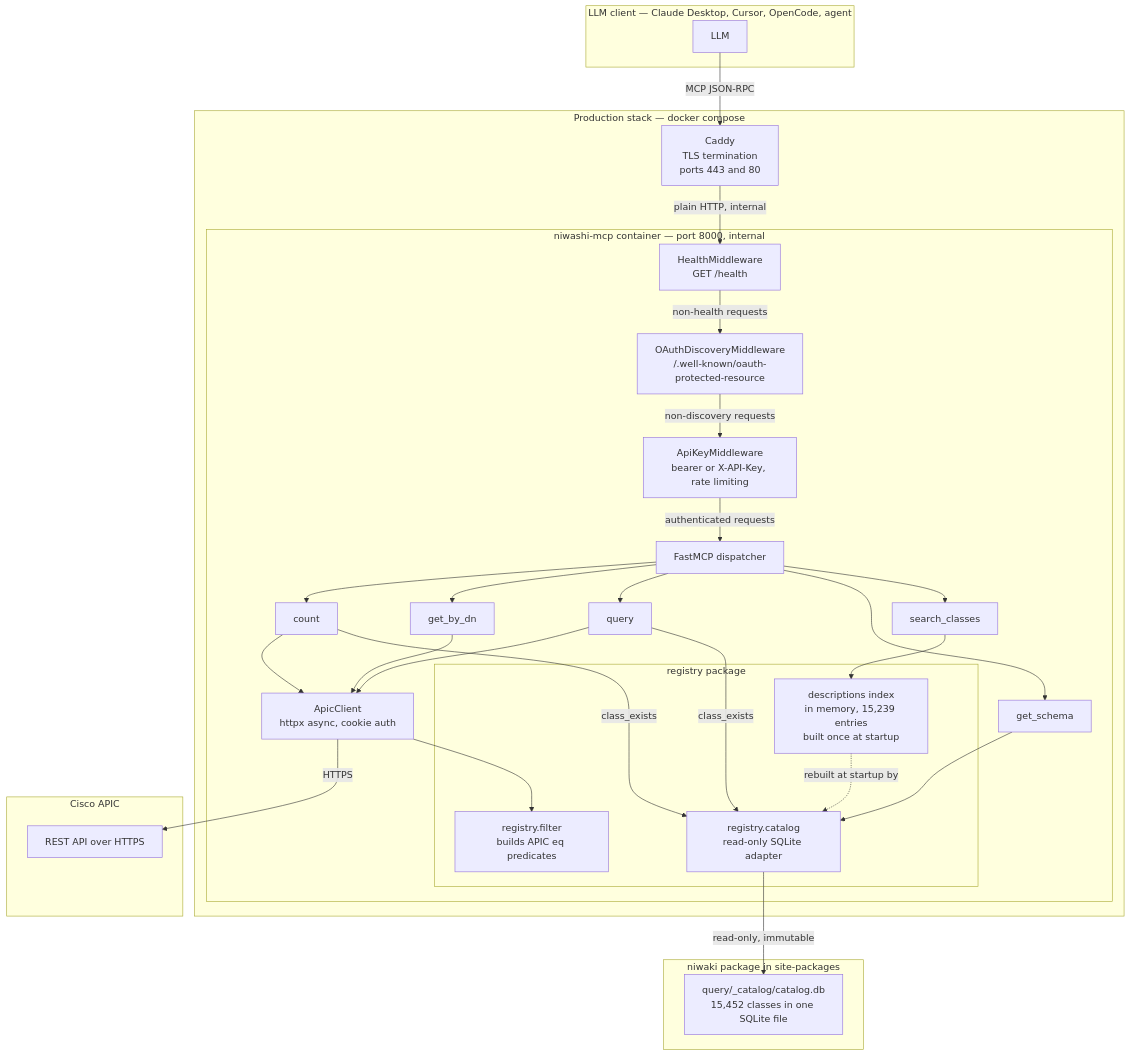
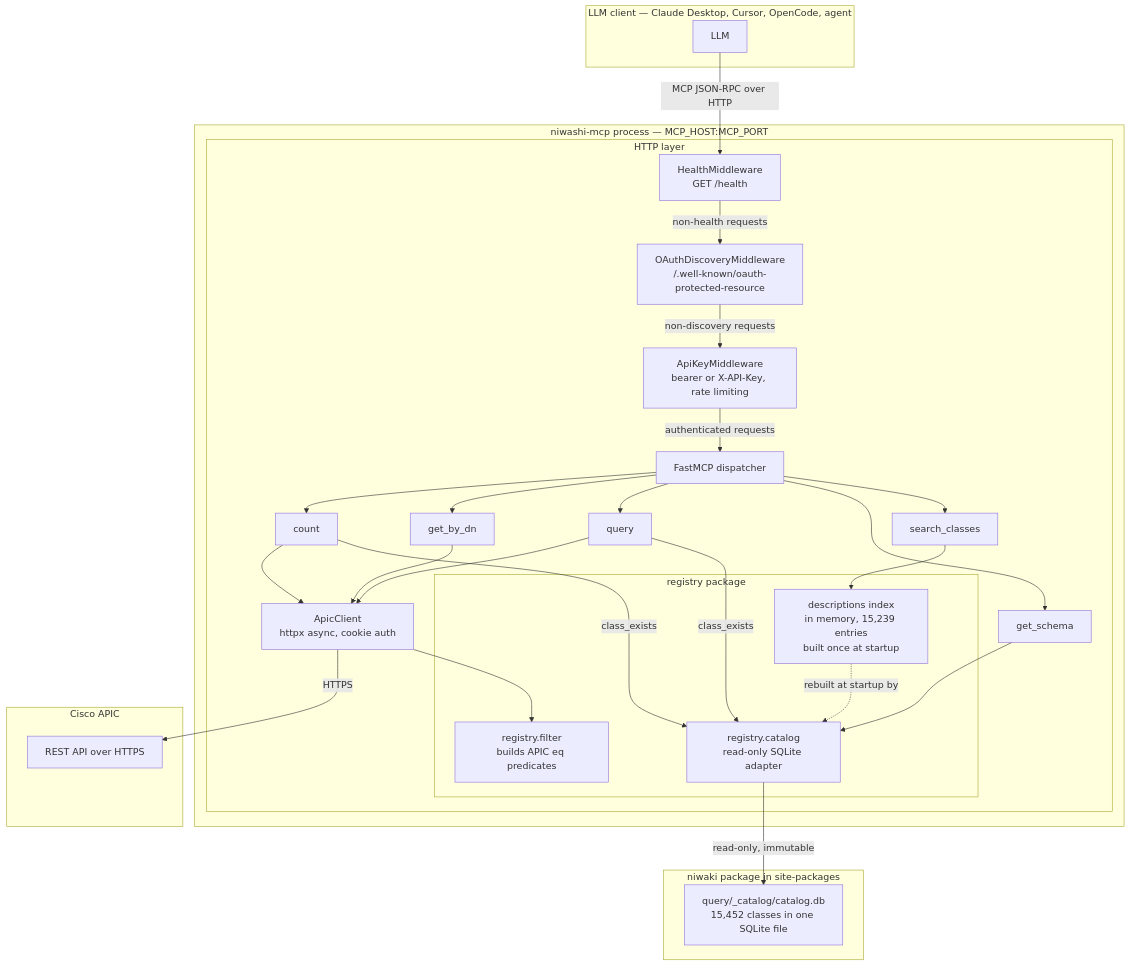
Before and after one commit to k3l0-dev/aci-mcp: the second of 3 diagrams in docs/architecture/overview.md, drawn with Mermaid. The commit also changed other lines of this file and 15 other files, not shown here.

````diff
--- a/docs/architecture/overview.md
+++ b/docs/architecture/overview.md
@@ -85,57 +83,55 @@
 ```mermaid
 graph TB
     subgraph client["LLM client — Claude Desktop, Cursor, OpenCode, agent"]
         llm["LLM"]
     end
 
-    subgraph prod["Production stack — docker compose"]
-        caddy["Caddy<br/>TLS termination<br/>ports 443 and 80"]
-        subgraph mcp_server["niwashi-mcp container — port 8000, internal"]
+    subgraph prod["niwashi-mcp process — MCP_HOST:MCP_PORT"]
+        subgraph mcp_server["HTTP layer"]
             health["HealthMiddleware<br/>GET /health"]
             oauth["OAuthDiscoveryMiddleware<br/>/.well-known/oauth-protected-resource"]
             auth["ApiKeyMiddleware<br/>bearer or X-API-Key, rate limiting"]
             fm["FastMCP dispatcher"]
             t1["search_classes"]
             t2["get_schema"]
             t3["query"]
             t4["get_by_dn"]
             t5["count"]
             subgraph registry["registry package"]
                 desc["descriptions index<br/>in memory, 15,239 entries<br/>built once at startup"]
                 cat["registry.catalog<br/>read-only SQLite adapter"]
                 filt["registry.filter<br/>builds APIC eq predicates"]
             end
             apic_client["ApicClient<br/>httpx async, cookie auth"]
         end
     end
 
     subgraph apic["Cisco APIC"]
         rest["REST API over HTTPS"]
     end
 
     subgraph dep["niwaki package in site-packages"]
         db["query/_catalog/catalog.db<br/>15,452 classes in one SQLite file"]
     end
 
-    llm -->|"MCP JSON-RPC"| caddy
-    caddy -->|"plain HTTP, internal"| health
+    llm -->|"MCP JSON-RPC over HTTP"| health
     health -->|"non-health requests"| oauth
     oauth -->|"non-discovery requests"| auth
     auth -->|"authenticated requests"| fm
     fm --> t1
     fm --> t2
     fm --> t3
     fm --> t4
     fm --> t5
     t1 --> desc
     t2 --> cat
     t3 -->|"class_exists"| cat
     t3 --> apic_client
     t4 --> apic_client
     t5 -->|"class_exists"| cat
     t5 --> apic_client
     apic_client --> filt
     cat -->|"read-only, immutable"| db
     desc -.->|"rebuilt at startup by"| cat
     apic_client -->|"HTTPS"| rest
 ```
````
